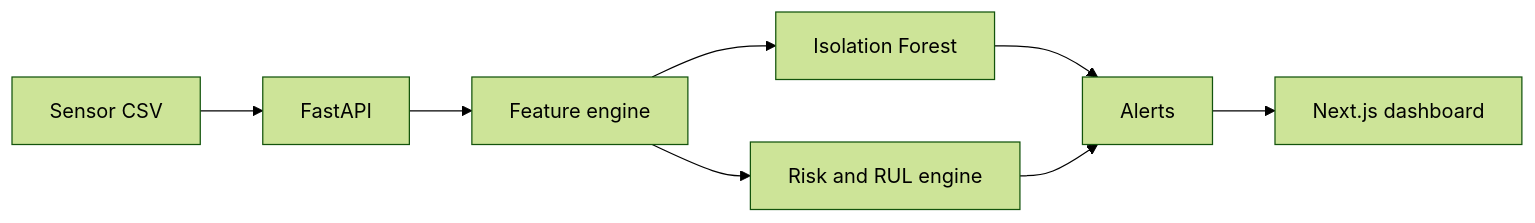
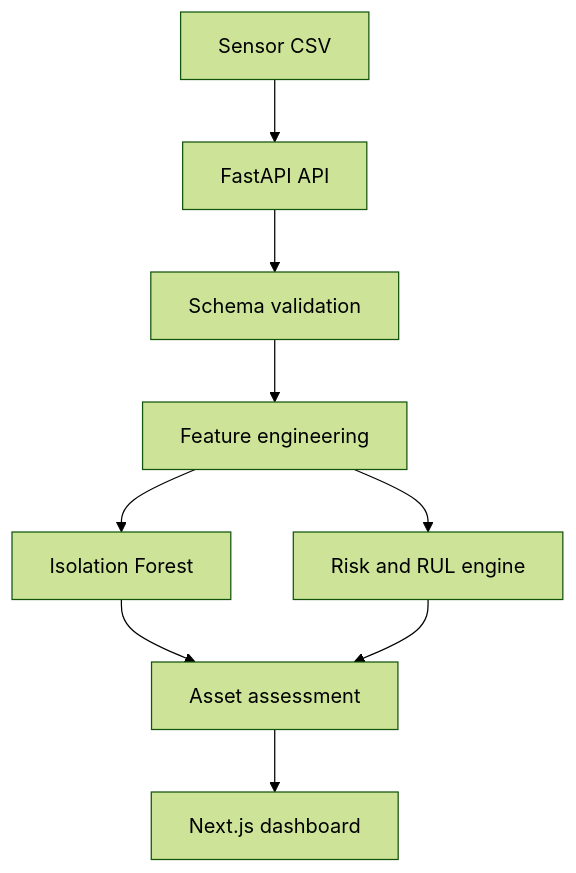
One commit to ParamasivaVemavarapu/Predictive-Maintenance-and-Anomaly-Detection changed the diagram in README.md. Above: the diagram before and after it, drawn with Mermaid (forest theme). The commit also changed other lines of this file, not shown here.

````diff
--- a/README.md
+++ b/README.md
@@ -18,10 +21,11 @@
 ```mermaid
-flowchart LR
-    S[Sensor CSV] --> API[FastAPI]
-    API --> F[Feature engine]
-    F --> IF[Isolation Forest]
-    F --> R[Risk and RUL engine]
-    IF --> A[Alerts]
-    R --> A
-    A --> UI[Next.js dashboard]
+flowchart TD
+    CSV["Sensor CSV"] --> API["FastAPI API"]
+    API --> VALIDATE["Schema validation"]
+    VALIDATE --> FE["Feature engineering"]
+    FE --> IF["Isolation Forest"]
+    FE --> RISK["Risk and RUL engine"]
+    IF --> RESULT["Asset assessment"]
+    RISK --> RESULT
+    RESULT --> UI["Next.js dashboard"]
 ```
````
